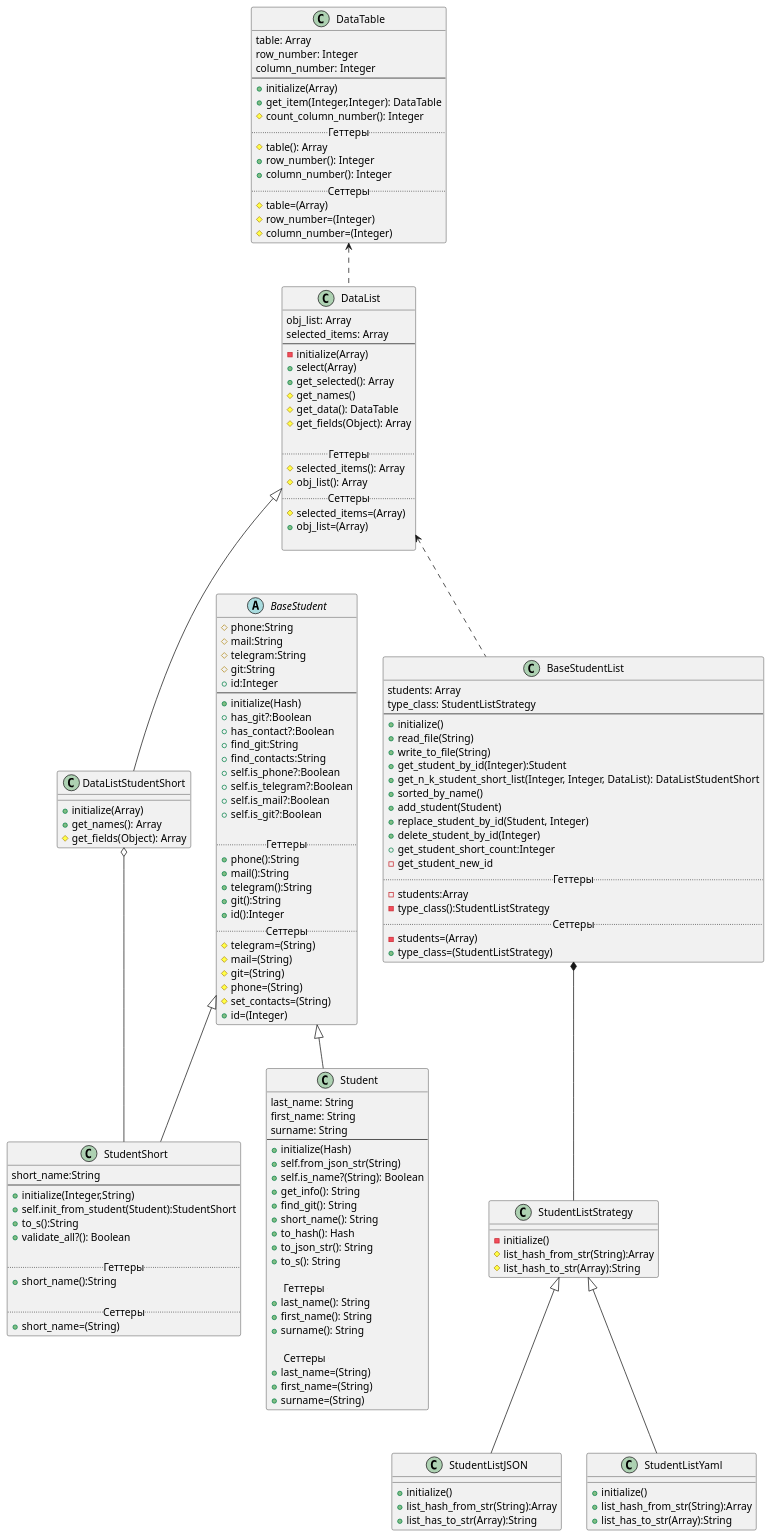
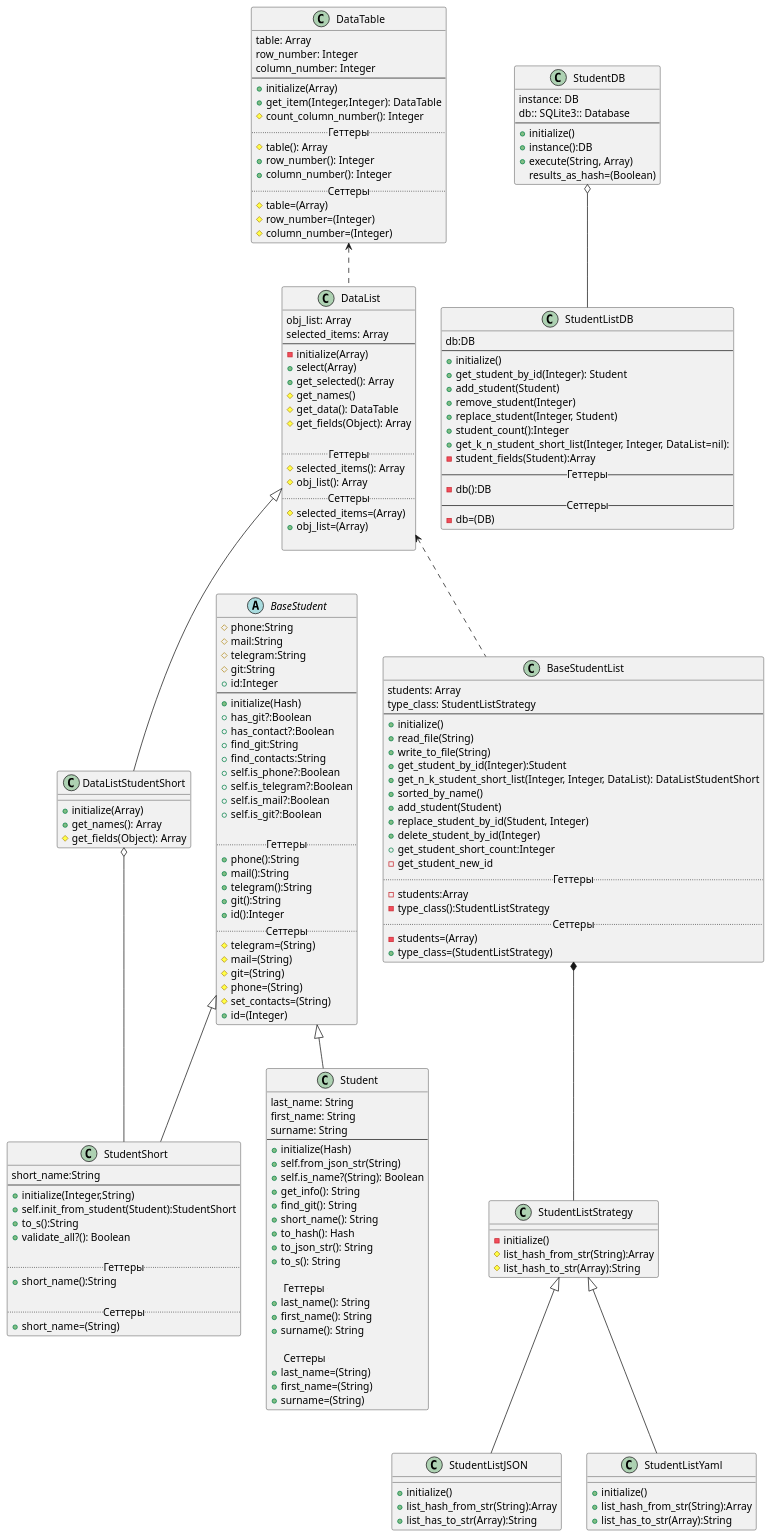
One commit to OlegVasil/RubyLabs changed the diagram in laba_2/Diagrams/diagram.puml. Above: the diagram before and after it, drawn with PlantUML.

```diff
--- a/laba_2/Diagrams/diagram.puml
+++ b/laba_2/Diagrams/diagram.puml
@@ -165,7 +165,36 @@
 +list_has_to_str(Array):String
 }
 
+class StudentDB
+{
+instance: DB
+db:: SQLite3:: Database
+--
++initialize()
++instance():DB
++execute(String, Array)
+results_as_hash=(Boolean)
+}
 
+class StudentListDB
+{
+db:DB
+--
++initialize()
++get_student_by_id(Integer): Student
++add_student(Student)
++remove_student(Integer)
++replace_student(Integer, Student)
++student_count():Integer
++get_k_n_student_short_list(Integer, Integer, DataList=nil):
+-student_fields(Student):Array
+--Геттеры--
+-db():DB
+--Сеттеры--
+-db=(DB)
+}
+
+StudentDB o-- StudentListDB
 DataListStudentShort o-- StudentShort
 DataTable <.. DataList
 DataList <.. BaseStudentList
```
